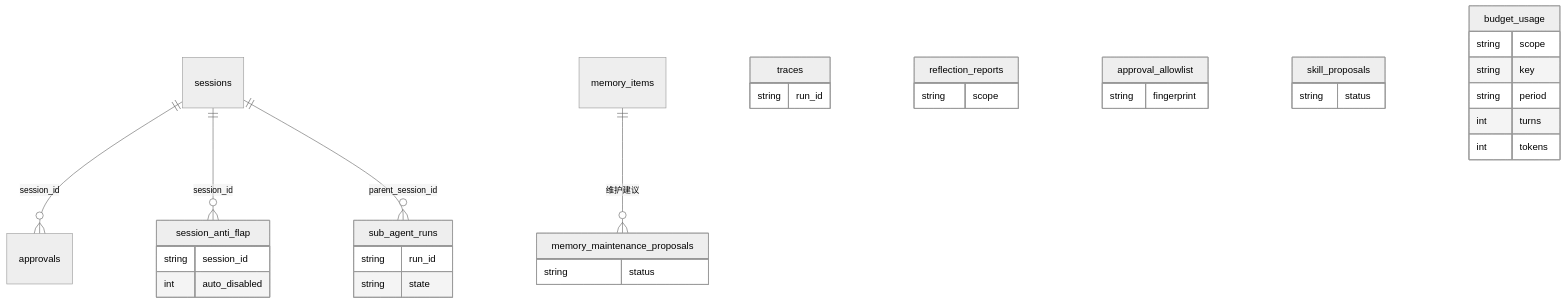
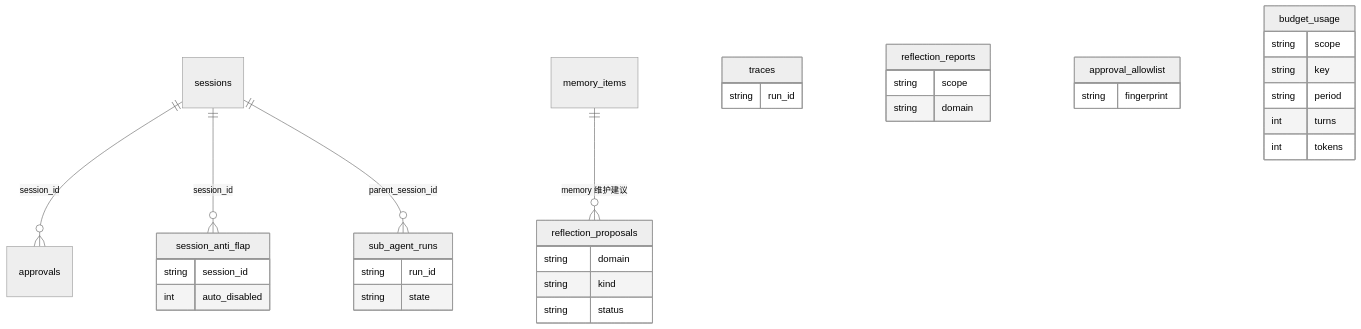
One commit to Summy2104/fleetent changed the third of 4 diagrams in docs/architecture/data-model.md. Above: the diagram before and after it, drawn with Mermaid (neutral theme). The commit also changed other lines of this file and 46 other files, not shown here.

````diff
--- a/docs/architecture/data-model.md
+++ b/docs/architecture/data-model.md
@@ -137,37 +137,37 @@
 ```mermaid
 erDiagram
   sessions ||--o{ approvals : "session_id"
   sessions ||--o{ session_anti_flap : "session_id"
   sessions ||--o{ sub_agent_runs : "parent_session_id"
-  memory_items ||--o{ memory_maintenance_proposals : "维护建议"
+  memory_items ||--o{ reflection_proposals : "memory 维护建议"
   traces {
     string run_id
   }
   reflection_reports {
     string scope
+    string domain
+  }
+  reflection_proposals {
+    string domain
+    string kind
+    string status
   }
   approval_allowlist {
     string fingerprint
   }
   session_anti_flap {
     string session_id
     int auto_disabled
   }
   sub_agent_runs {
     string run_id
     string state
   }
-  memory_maintenance_proposals {
-    string status
-  }
-  skill_proposals {
-    string status
-  }
   budget_usage {
     string scope
     string key
     string period
     int turns
     int tokens
   }
 ```
````
